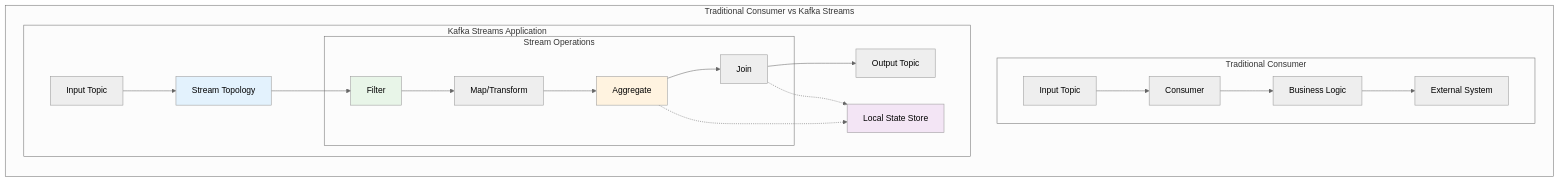
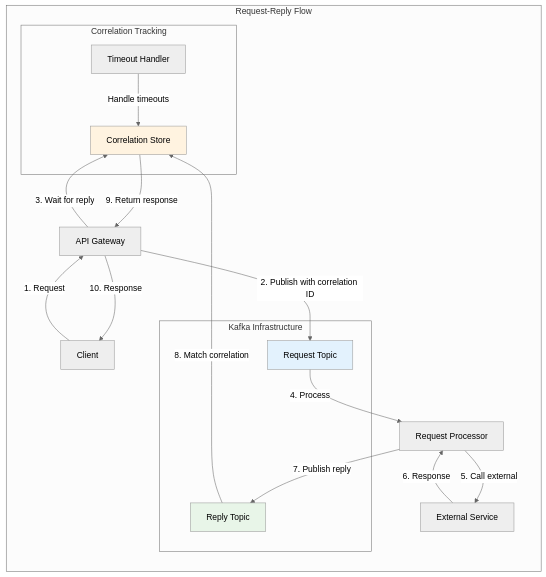
Before and after one commit to vorrawut/KafkaStarter: the first of 2 diagrams in class/modules/lesson_14/concept.md, drawn with Mermaid (neutral theme). The commit also changed other lines of this file and 204 other files, not shown here.

````diff
--- a/class/modules/lesson_14/concept.md
+++ b/class/modules/lesson_14/concept.md
@@ -13,45 +11,39 @@
 ```mermaid
 graph LR
-    subgraph "Traditional Consumer vs Kafka Streams"
-        subgraph "Traditional Consumer"
-            INPUT1[Input Topic]
-            CONSUMER[Consumer]
-            LOGIC[Business Logic]
-            OUTPUT1[External System]
+    subgraph "Request-Reply Flow"
+        CLIENT[Client]
+        API[API Gateway]
+        
+        subgraph "Kafka Infrastructure"
+            REQ_TOPIC[Request Topic]
+            REPLY_TOPIC[Reply Topic]
         end
         
-        subgraph "Kafka Streams Application"
-            INPUT2[Input Topic]
-            TOPOLOGY[Stream Topology]
-            
-            subgraph "Stream Operations"
-                FILTER[Filter]
-                MAP[Map/Transform]
-                AGGREGATE[Aggregate]
-                JOIN[Join]
-            end
-            
-            OUTPUT2[Output Topic]
-            STATE[Local State Store]
+        PROCESSOR[Request Processor]
+        EXTERNAL[External Service]
+        
+        subgraph "Correlation Tracking"
+            CORRELATION[Correlation Store]
+            TIMEOUT[Timeout Handler]
         end
     end
     
-    INPUT1 --> CONSUMER
-    CONSUMER --> LOGIC
-    LOGIC --> OUTPUT1
+    CLIENT -->|1. Request| API
+    API -->|2. Publish with correlation ID| REQ_TOPIC
+    API -->|3. Wait for reply| CORRELATION
     
-    INPUT2 --> TOPOLOGY
-    TOPOLOGY --> FILTER
-    FILTER --> MAP
-    MAP --> AGGREGATE
-    AGGREGATE --> JOIN
-    JOIN --> OUTPUT2
+    REQ_TOPIC -->|4. Process| PROCESSOR
+    PROCESSOR -->|5. Call external| EXTERNAL
+    EXTERNAL -->|6. Response| PROCESSOR
+    PROCESSOR -->|7. Publish reply| REPLY_TOPIC
     
-    AGGREGATE -.-> STATE
-    JOIN -.-> STATE
+    REPLY_TOPIC -->|8. Match correlation| CORRELATION
+    CORRELATION -->|9. Return response| API
+    API -->|10. Response| CLIENT
     
-    style TOPOLOGY fill:#e3f2fd
-    style FILTER fill:#e8f5e8
-    style AGGREGATE fill:#fff3e0
-    style STATE fill:#f3e5f5
+    TIMEOUT -->|Handle timeouts| CORRELATION
+    
+    style REQ_TOPIC fill:#e3f2fd
+    style REPLY_TOPIC fill:#e8f5e8
+    style CORRELATION fill:#fff3e0
 ```
````
